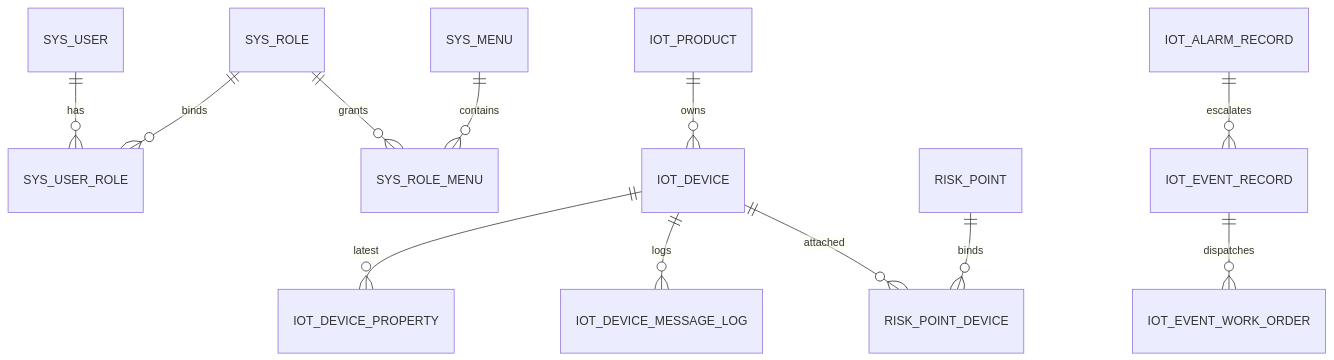
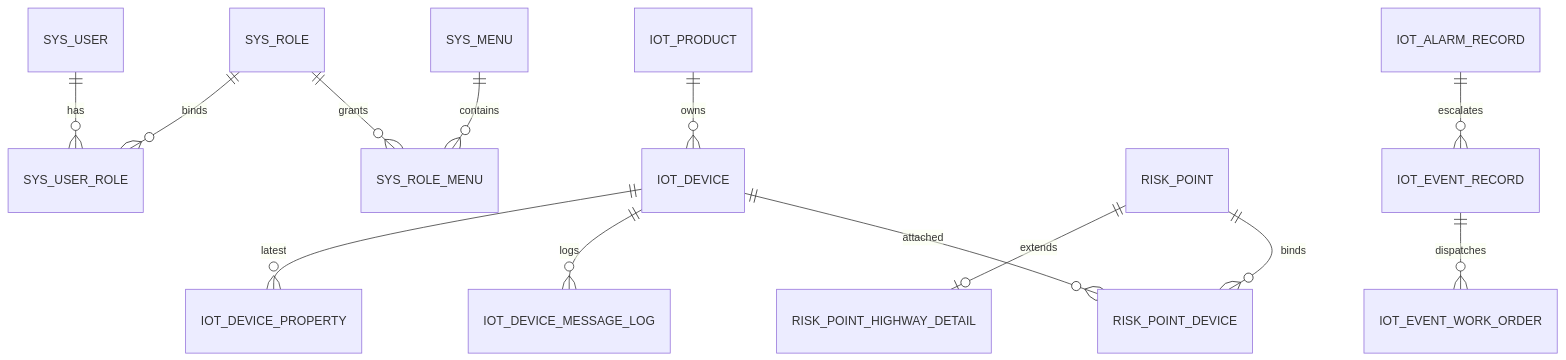
The diagram in docs/04-数据库设计与初始化数据.md (rxbyes/spring-boot-iot), drawn with Mermaid before and after one commit. The commit also changed other lines of this file and 15 other files, not shown here.

````diff
--- a/docs/04-数据库设计与初始化数据.md
+++ b/docs/04-数据库设计与初始化数据.md
@@ -811,14 +831,15 @@
 ```mermaid
 erDiagram
     SYS_USER ||--o{ SYS_USER_ROLE : has
     SYS_ROLE ||--o{ SYS_USER_ROLE : binds
     SYS_ROLE ||--o{ SYS_ROLE_MENU : grants
     SYS_MENU ||--o{ SYS_ROLE_MENU : contains
     IOT_PRODUCT ||--o{ IOT_DEVICE : owns
     IOT_DEVICE ||--o{ IOT_DEVICE_PROPERTY : latest
     IOT_DEVICE ||--o{ IOT_DEVICE_MESSAGE_LOG : logs
+    RISK_POINT ||--o| RISK_POINT_HIGHWAY_DETAIL : extends
     RISK_POINT ||--o{ RISK_POINT_DEVICE : binds
     IOT_DEVICE ||--o{ RISK_POINT_DEVICE : attached
     IOT_ALARM_RECORD ||--o{ IOT_EVENT_RECORD : escalates
     IOT_EVENT_RECORD ||--o{ IOT_EVENT_WORK_ORDER : dispatches
 ```
````
